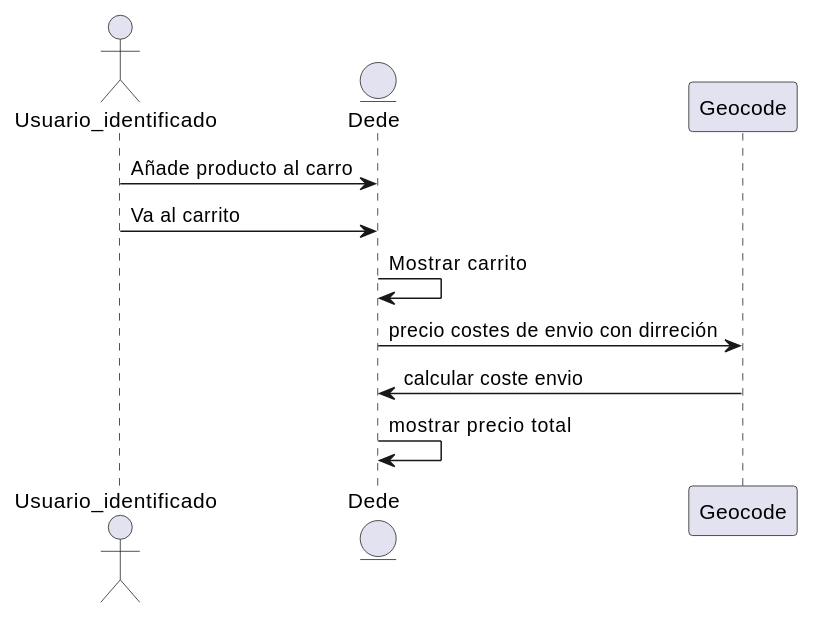
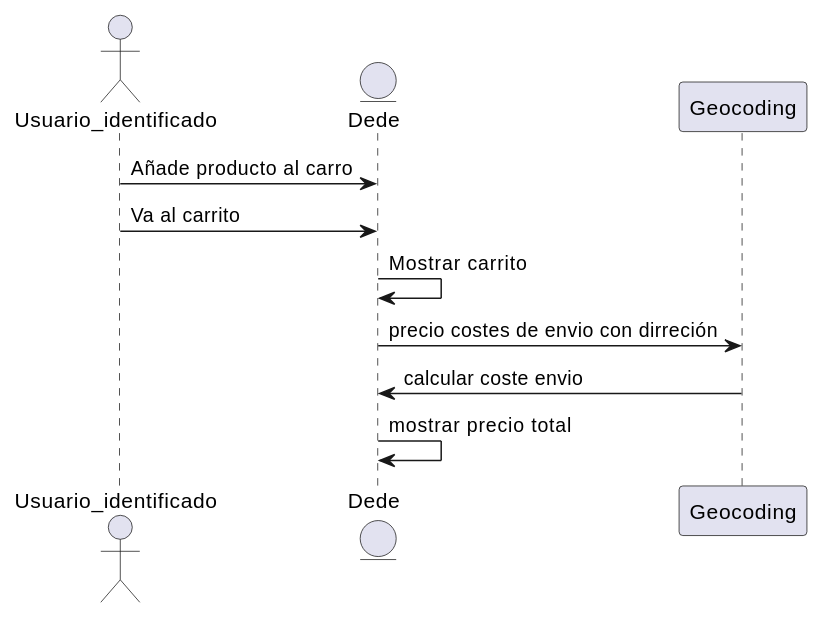
One commit to Arquisoft/dede_es1c changed the fourth of 6 diagrams in docs/06_runtime_view.adoc. Above: the diagram before and after it, drawn with PlantUML. The commit also changed other lines of this file and 8 other files, not shown here.

```diff
--- a/docs/06_runtime_view.adoc
+++ b/docs/06_runtime_view.adoc
@@ -57,13 +57,13 @@
-[plantuml,"AñadirCarro_diagrama",png]
+[plantuml,"AñadirCarrro_diagrama",png]
 ----
 @startuml
 actor Usuario_identificado
 entity Dede
 Usuario_identificado-> Dede: Añade producto al carro
 Usuario_identificado-> Dede: Va al carrito
 Dede->Dede:Mostrar carrito
-Dede->Geocode:precio costes de envio con dirreción
-Geocode->Dede:calcular coste envio
+Dede->Geocoding:precio costes de envio con dirreción
+Geocoding->Dede:calcular coste envio
 Dede->Dede:mostrar precio total
 @endtuml
 ----
```
